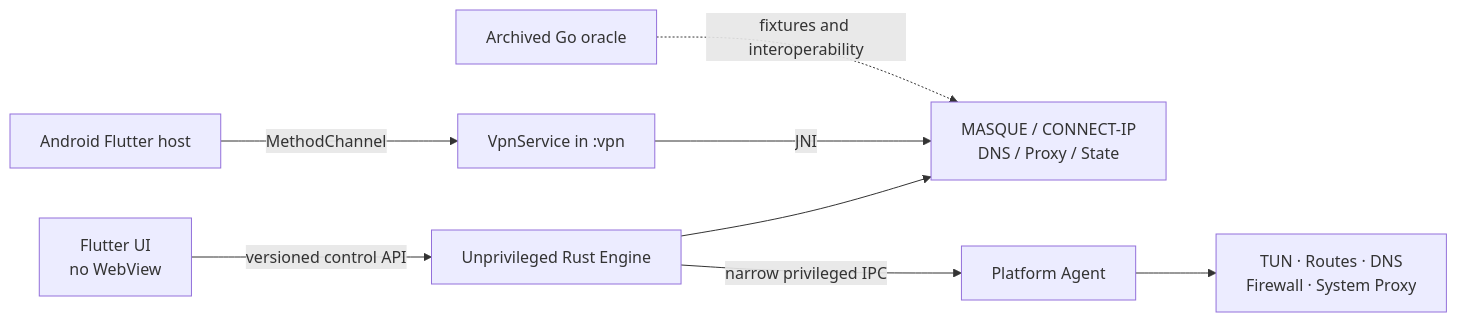
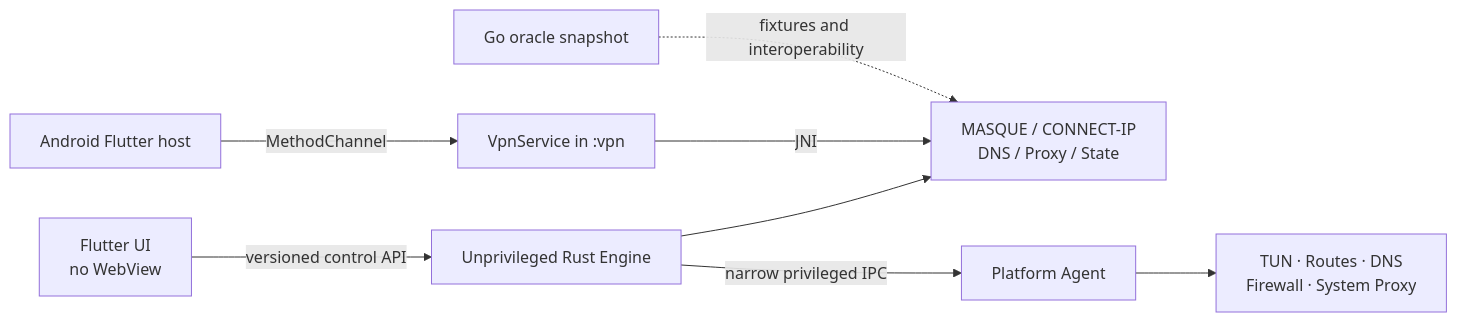
The diagram in docs/IMPLEMENTATION.md (GeorgeXie2333/usque-app), drawn with Mermaid before and after one commit. The commit also changed other lines of this file and 115 other files, not shown here.

````diff
--- a/docs/IMPLEMENTATION.md
+++ b/docs/IMPLEMENTATION.md
@@ -7,10 +9,10 @@
 ```mermaid
 flowchart LR
     UI["Flutter UI<br>no WebView"] -->|"versioned control API"| Engine["Unprivileged Rust Engine"]
     Engine --> Core["MASQUE / CONNECT-IP<br>DNS / Proxy / State"]
     Engine -->|"narrow privileged IPC"| Agent["Platform Agent"]
     Agent --> System["TUN · Routes · DNS<br>Firewall · System Proxy"]
     Android["Android Flutter host"] -->|"MethodChannel"| VPN["VpnService in :vpn"]
     VPN -->|"JNI"| Core
-    Oracle["Archived Go oracle"] -. "fixtures and interoperability" .-> Core
+    Oracle["Go oracle snapshot"] -. "fixtures and interoperability" .-> Core
 ```
````
